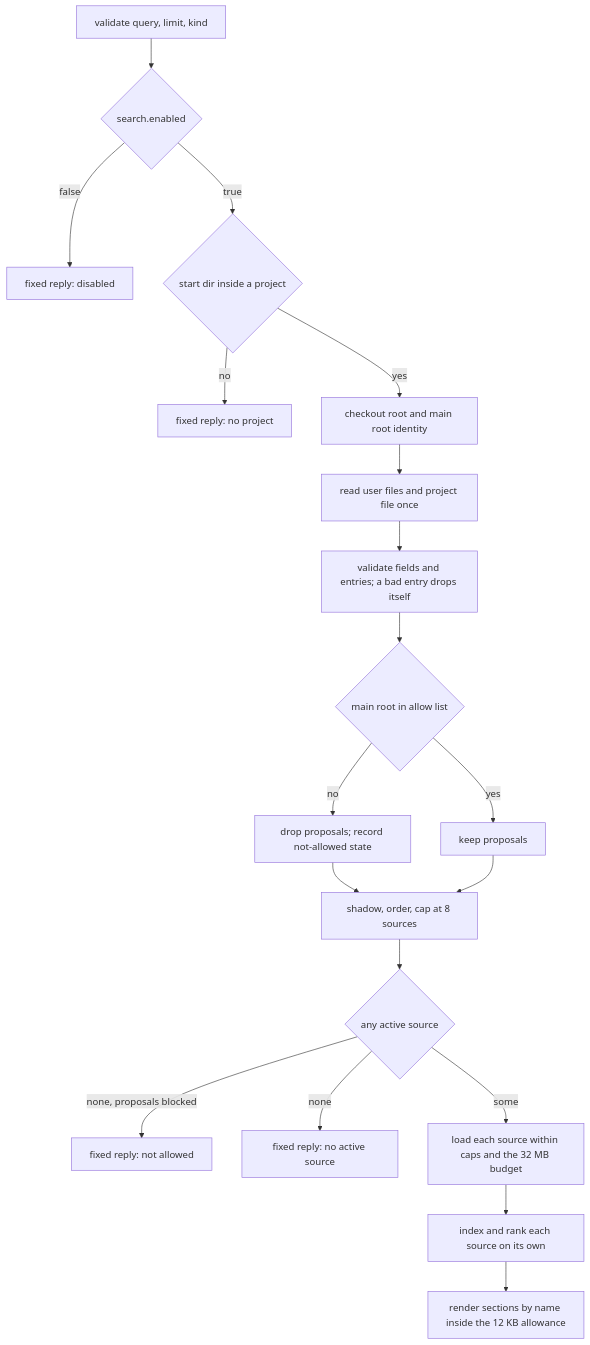
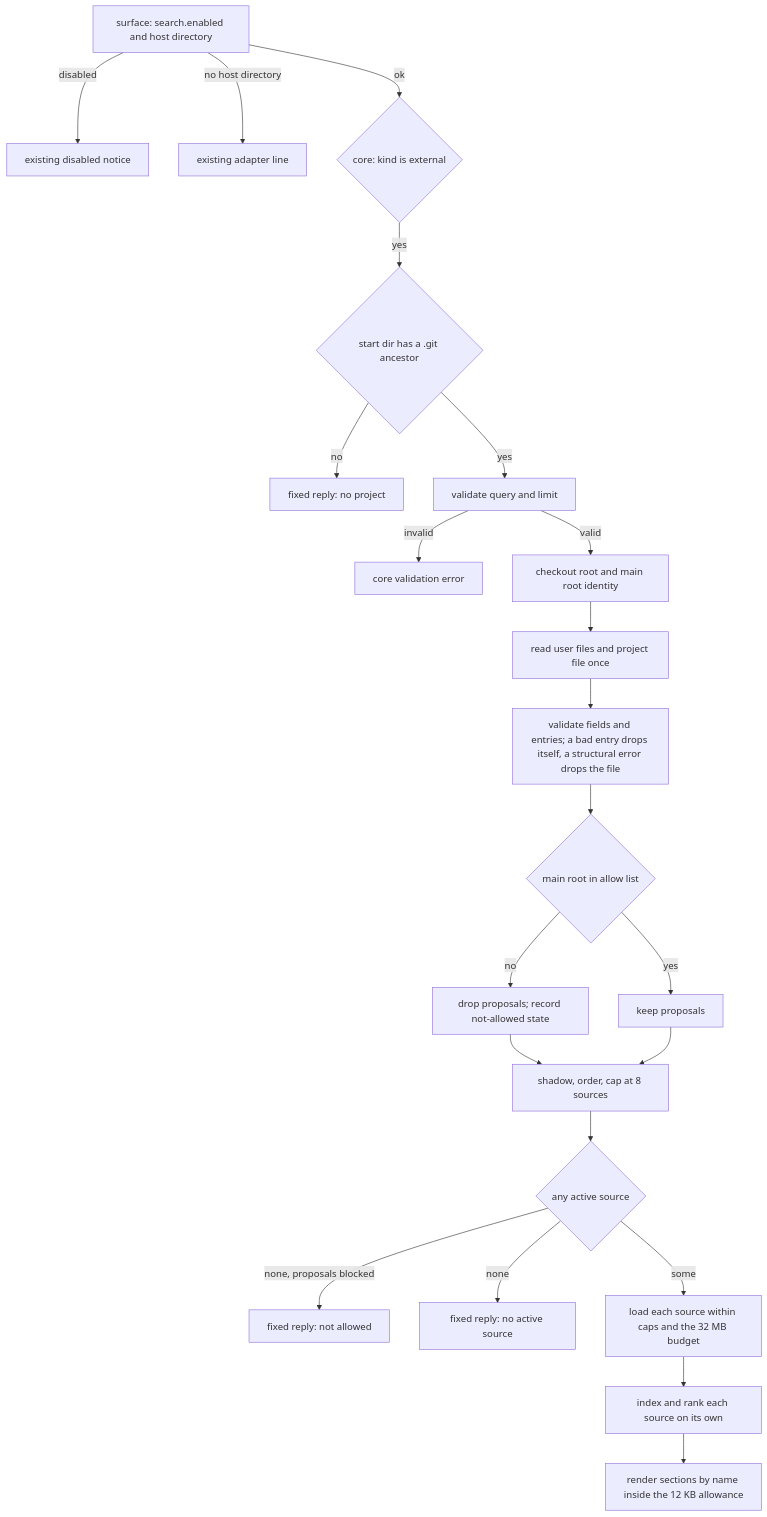
The first of 3 diagrams in docs/plans/2026-11-02-001-feat-external-sources-plan.md (marcusrbrown/systematic), drawn with Mermaid before and after one commit. The commit also changed other lines of this file, not shown here.

Commit message:
docs(plans): deepen the external-sources plan

````diff
--- a/docs/plans/2026-11-02-001-feat-external-sources-plan.md
+++ b/docs/plans/2026-11-02-001-feat-external-sources-plan.md
@@ -293,21 +300,24 @@
 ```mermaid
 flowchart TB
-  A[validate query, limit, kind] --> B{search.enabled}
-  B -->|false| X1[fixed reply: disabled]
-  B -->|true| C{start dir inside a project}
+  A[surface: search.enabled and host directory] -->|disabled| X1[existing disabled notice]
+  A -->|no host directory| X0[existing adapter line]
+  A -->|ok| B{core: kind is external}
+  B -->|yes| C{start dir has a .git ancestor}
   C -->|no| X2[fixed reply: no project]
-  C -->|yes| D[checkout root and main root identity]
+  C -->|yes| V[validate query and limit]
+  V -->|invalid| X5[core validation error]
+  V -->|valid| D[checkout root and main root identity]
   D --> E[read user files and project file once]
-  E --> F[validate fields and entries; a bad entry drops itself]
+  E --> F[validate fields and entries; a bad entry drops itself, a structural error drops the file]
   F --> G{main root in allow list}
   G -->|no| H[drop proposals; record not-allowed state]
   G -->|yes| I[keep proposals]
   H --> J[shadow, order, cap at 8 sources]
   I --> J
   J --> K{any active source}
   K -->|none, proposals blocked| X3[fixed reply: not allowed]
   K -->|none| X4[fixed reply: no active source]
   K -->|some| L[load each source within caps and the 32 MB budget]
   L --> M[index and rank each source on its own]
   M --> N[render sections by name inside the 12 KB allowance]
 ```
````
